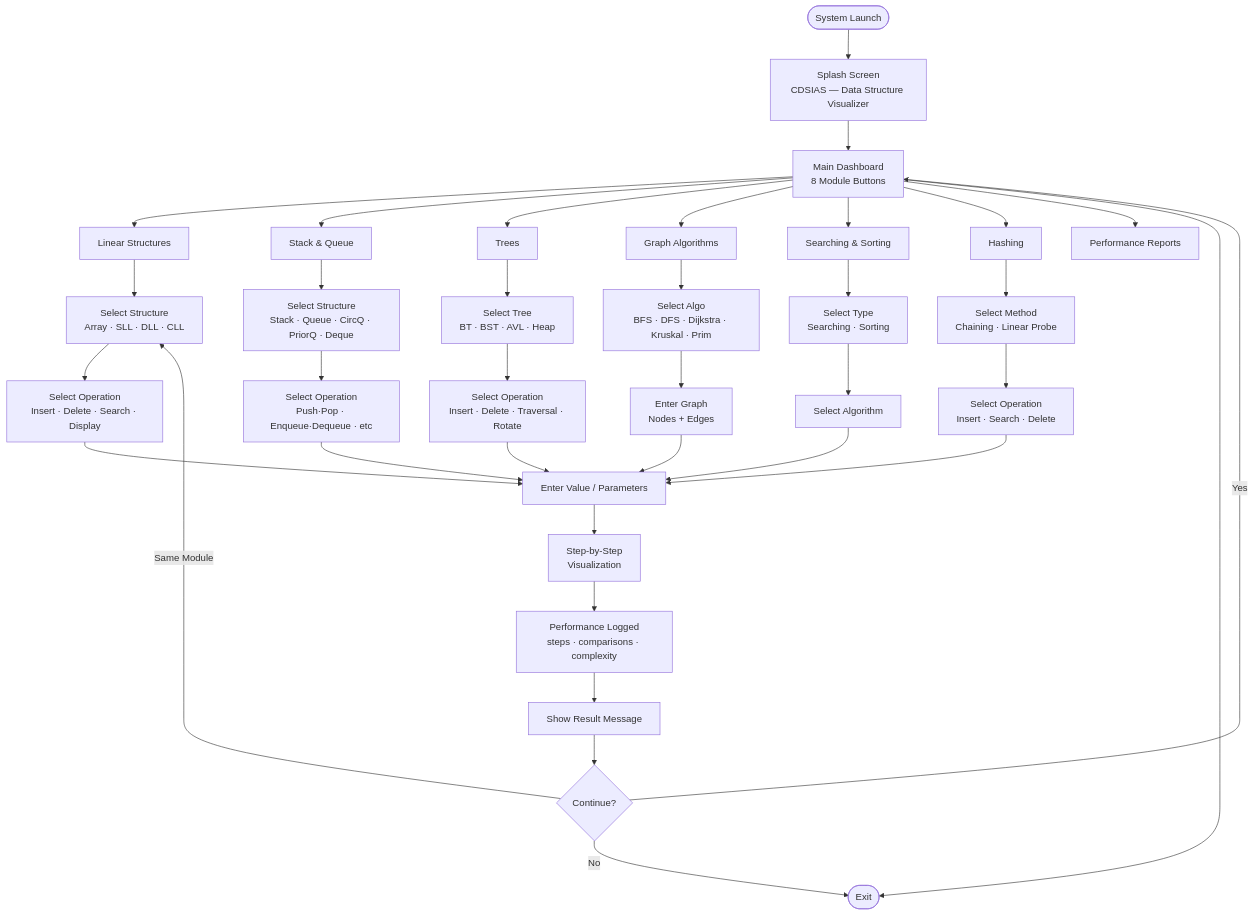
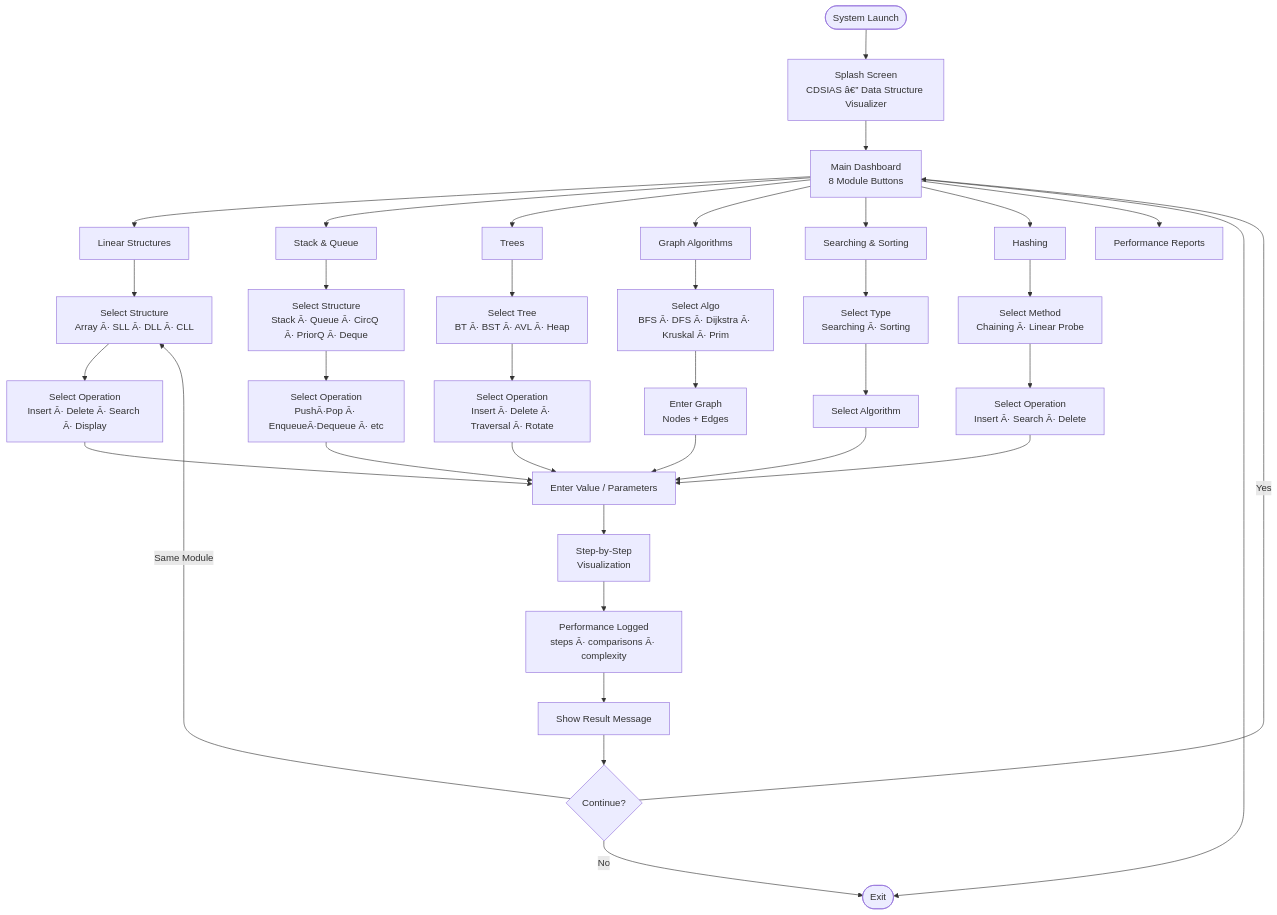
One commit to AkifNaveed12/complete-data-structures-implementation-analysis-system changed the fourth of 9 diagrams in docs/diagrams/architecture.md. Above: the diagram before and after it, drawn with Mermaid. The commit also changed other lines of this file and 2 other files, not shown here.

````diff
--- a/docs/diagrams/architecture.md
+++ b/docs/diagrams/architecture.md
@@ -151,41 +151,41 @@
 ```mermaid
 flowchart TD
-    START([System Launch]) --> SPLASH[Splash Screen\nCDSIAS — Data Structure Visualizer]
+    START([System Launch]) --> SPLASH[Splash Screen\nCDSIAS â€” Data Structure Visualizer]
     SPLASH --> DASH[Main Dashboard\n8 Module Buttons]
 
     DASH --> M1[Linear Structures]
     DASH --> M2[Stack & Queue]
     DASH --> M3[Trees]
     DASH --> M4[Graph Algorithms]
     DASH --> M5[Searching & Sorting]
     DASH --> M6[Hashing]
     DASH --> M7[Performance Reports]
     DASH --> EXIT([Exit])
 
-    M1 --> M1OP[Select Structure\nArray · SLL · DLL · CLL]
-    M1OP --> M1ACT[Select Operation\nInsert · Delete · Search · Display]
+    M1 --> M1OP[Select Structure\nArray Â· SLL Â· DLL Â· CLL]
+    M1OP --> M1ACT[Select Operation\nInsert Â· Delete Â· Search Â· Display]
 
-    M2 --> M2OP[Select Structure\nStack · Queue · CircQ · PriorQ · Deque]
-    M2OP --> M2ACT[Select Operation\nPush·Pop · Enqueue·Dequeue · etc]
+    M2 --> M2OP[Select Structure\nStack Â· Queue Â· CircQ Â· PriorQ Â· Deque]
+    M2OP --> M2ACT[Select Operation\nPushÂ·Pop Â· EnqueueÂ·Dequeue Â· etc]
 
-    M3 --> M3OP[Select Tree\nBT · BST · AVL · Heap]
-    M3OP --> M3ACT[Select Operation\nInsert · Delete · Traversal · Rotate]
+    M3 --> M3OP[Select Tree\nBT Â· BST Â· AVL Â· Heap]
+    M3OP --> M3ACT[Select Operation\nInsert Â· Delete Â· Traversal Â· Rotate]
 
-    M4 --> M4OP[Select Algo\nBFS · DFS · Dijkstra · Kruskal · Prim]
+    M4 --> M4OP[Select Algo\nBFS Â· DFS Â· Dijkstra Â· Kruskal Â· Prim]
     M4OP --> M4ACT[Enter Graph\nNodes + Edges]
 
-    M5 --> M5OP[Select Type\nSearching · Sorting]
+    M5 --> M5OP[Select Type\nSearching Â· Sorting]
     M5OP --> M5ACT[Select Algorithm]
 
-    M6 --> M6OP[Select Method\nChaining · Linear Probe]
-    M6OP --> M6ACT[Select Operation\nInsert · Search · Delete]
+    M6 --> M6OP[Select Method\nChaining Â· Linear Probe]
+    M6OP --> M6ACT[Select Operation\nInsert Â· Search Â· Delete]
 
     M1ACT & M2ACT & M3ACT & M4ACT & M5ACT & M6ACT --> INPUT[Enter Value / Parameters]
     INPUT --> VIZ[Step-by-Step\nVisualization]
-    VIZ --> LOG[Performance Logged\nsteps · comparisons · complexity]
+    VIZ --> LOG[Performance Logged\nsteps Â· comparisons Â· complexity]
     LOG --> RESULT[Show Result Message]
     RESULT --> CONT{Continue?}
     CONT -- Yes --> DASH
     CONT -- Same Module --> M1OP
     CONT -- No --> EXIT
 ```
````
